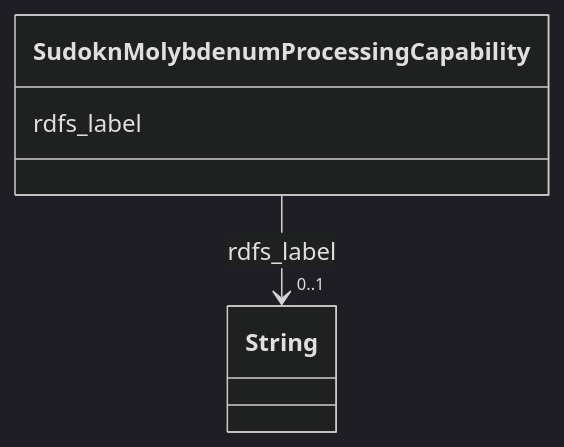
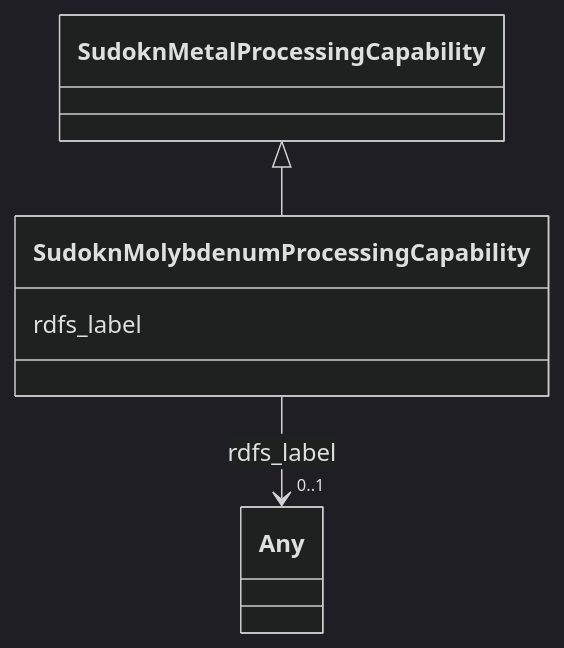
Before and after one commit to frink-okn/graph-descriptions: the diagram in sudokn-kg/classes/SudoknMolybdenumProcessingCapability.md, drawn with Mermaid (dark theme). The commit also changed other lines of this file and 903 other files, not shown here.

````diff
--- a/sudokn-kg/classes/SudoknMolybdenumProcessingCapability.md
+++ b/sudokn-kg/classes/SudoknMolybdenumProcessingCapability.md
@@ -23,15 +18,18 @@
 ```mermaid
  classDiagram
     class SudoknMolybdenumProcessingCapability
     click SudoknMolybdenumProcessingCapability href "../SudoknMolybdenumProcessingCapability"
+      SudoknMetalProcessingCapability <|-- SudoknMolybdenumProcessingCapability
+        click SudoknMetalProcessingCapability href "../SudoknMetalProcessingCapability"
+      
       SudoknMolybdenumProcessingCapability : rdfs_label
         
           
     
     
-    SudoknMolybdenumProcessingCapability --> "0..1" String : rdfs_label
-    click String href "../String"
+    SudoknMolybdenumProcessingCapability --> "0..1" Any : rdfs_label
+    click Any href "../Any"
 
         
       
 ```
````
